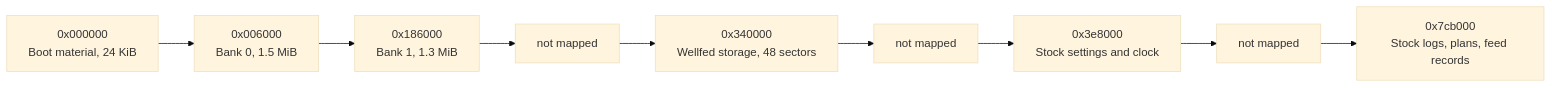
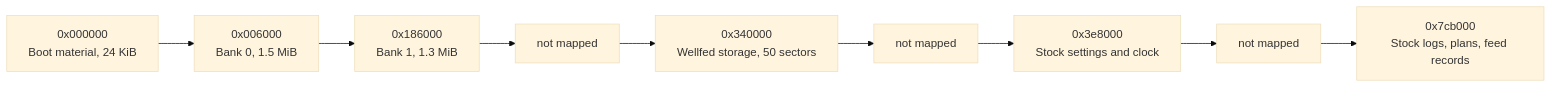
One commit to Isaac-Duarte/wellfed changed the diagram in docs/devices/plaf103/flash-layout.md. Above: the diagram before and after it, drawn with Mermaid (base theme). The commit also changed other lines of this file and 69 other files, not shown here.

````diff
--- a/docs/devices/plaf103/flash-layout.md
+++ b/docs/devices/plaf103/flash-layout.md
@@ -11,7 +11,7 @@
 ```mermaid
 %% svg: flash-map.svg
 flowchart LR
   boot["0x000000<br/>Boot material, 24 KiB"] --> bank0["0x006000<br/>Bank 0, 1.5 MiB"] --> bank1["0x186000<br/>Bank 1, 1.3 MiB"]
-  bank1 --> gap1["not mapped"] --> storage["0x340000<br/>Wellfed storage, 48 sectors"] --> gap2["not mapped"]
+  bank1 --> gap1["not mapped"] --> storage["0x340000<br/>Wellfed storage, 50 sectors"] --> gap2["not mapped"]
   gap2 --> settings["0x3e8000<br/>Stock settings and clock"] --> gap3["not mapped"] --> records["0x7cb000<br/>Stock logs, plans, feed records"]
 ```
````
